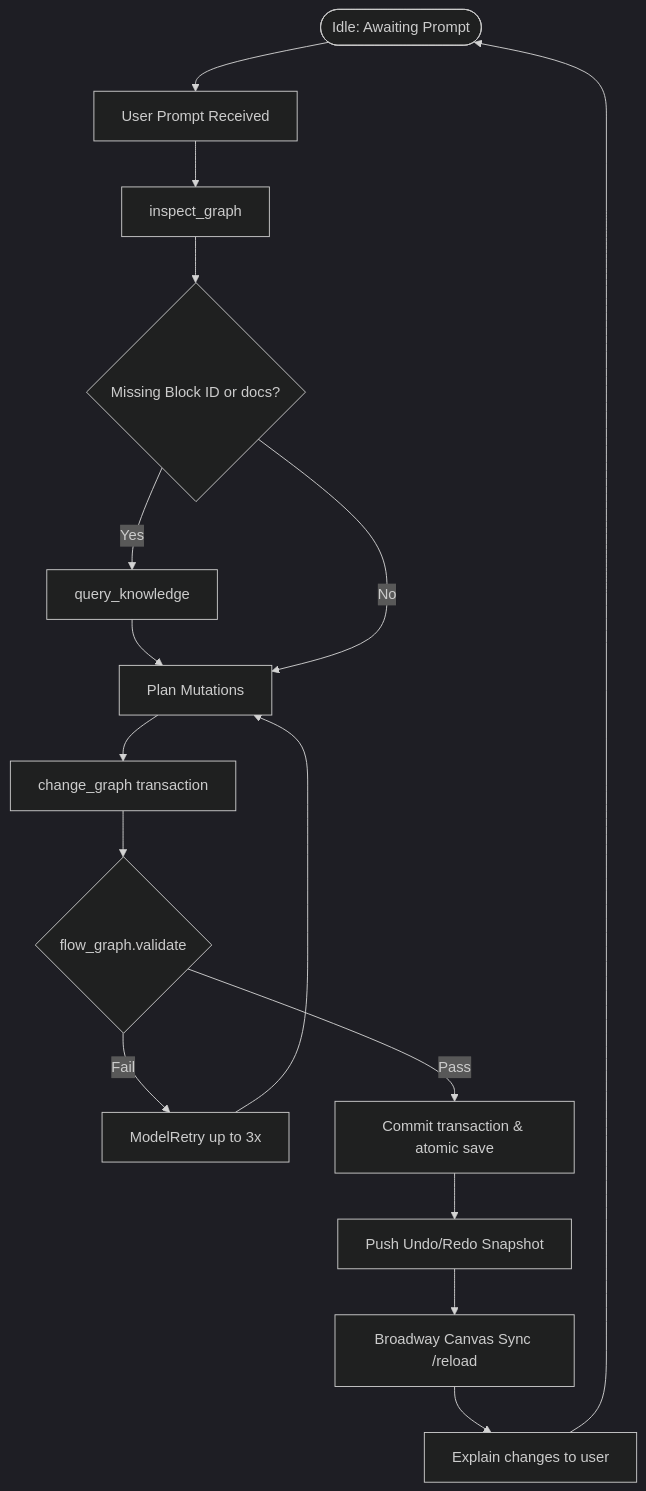
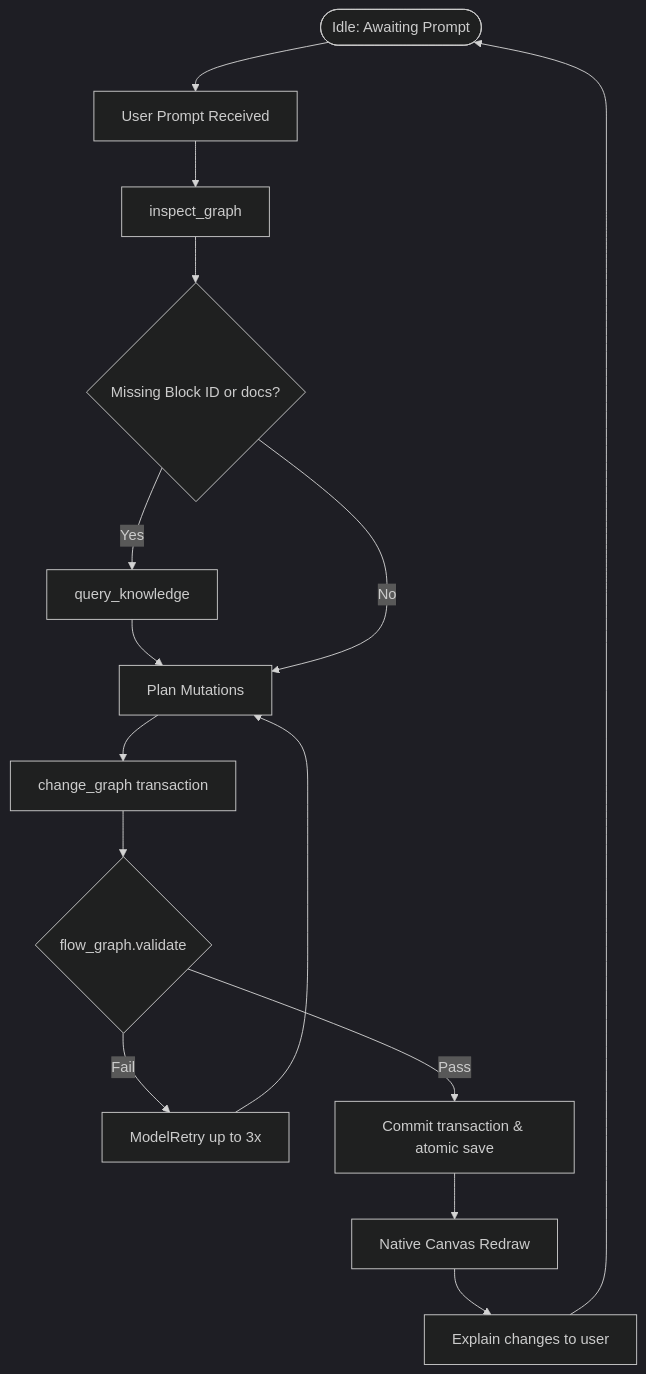
One commit to qoherent/GRC-Agent changed the second of 3 diagrams in docs/technical_overview.md. Above: the diagram before and after it, drawn with Mermaid (dark theme). The commit also changed other lines of this file and 45 other files, not shown here.

````diff
--- a/docs/technical_overview.md
+++ b/docs/technical_overview.md
@@ -89,18 +97,17 @@
 ```mermaid
 flowchart TD
     Idle([Idle: Awaiting Prompt]) --> Input[User Prompt Received]
     Input --> Inspect[inspect_graph]
     Inspect --> DecisionRAG{Missing Block ID or docs?}
     DecisionRAG -- Yes --> RAG[query_knowledge]
     RAG --> Plan[Plan Mutations]
     DecisionRAG -- No --> Plan
     Plan --> Mutate[change_graph transaction]
     Mutate --> Validate{flow_graph.validate}
     Validate -- Fail --> Retry[ModelRetry up to 3x]
     Retry --> Plan
     Validate -- Pass --> Commit[Commit transaction & atomic save]
-    Commit --> UndoSnapshot[Push Undo/Redo Snapshot]
-    UndoSnapshot --> Sync[Broadway Canvas Sync /reload]
+    Commit --> Sync[Native Canvas Redraw]
     Sync --> Explained[Explain changes to user]
     Explained --> Idle
 ```
````
